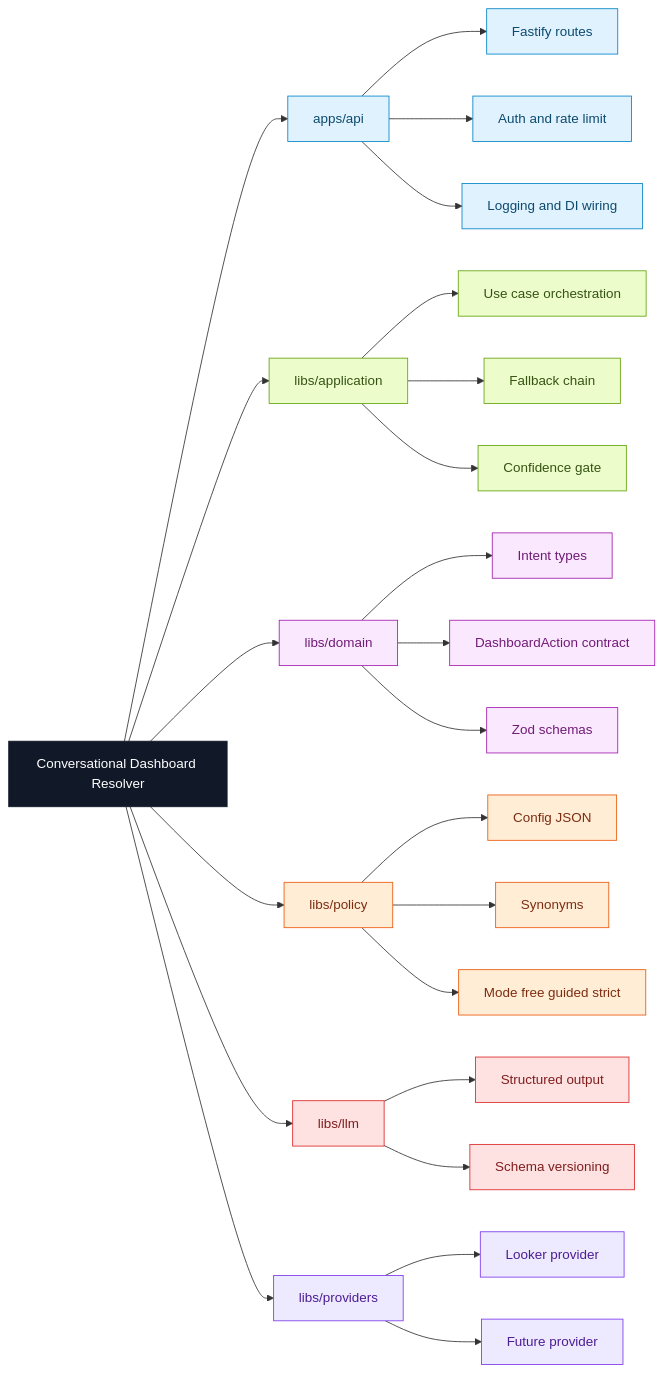
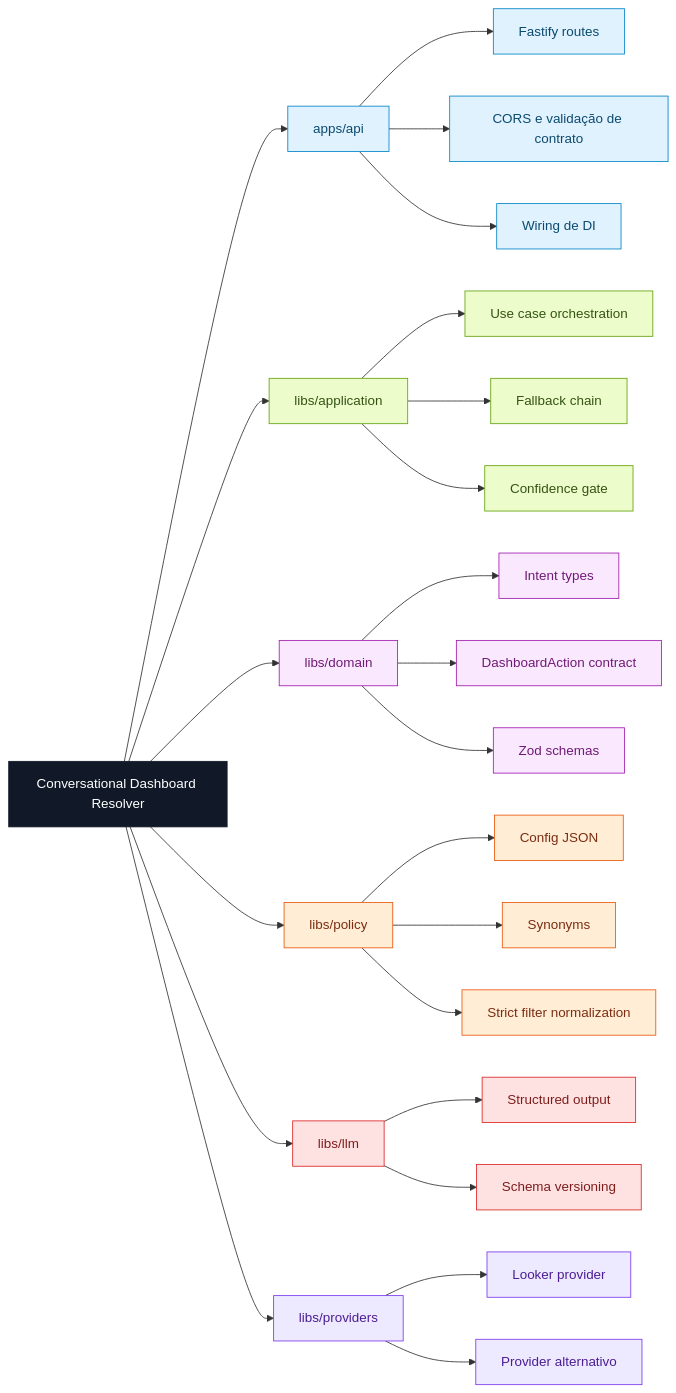
The eighth of 8 diagrams in docs/arquitetura.md (fernandesyuri33/chat-observatorio-turismo), drawn with Mermaid before and after one commit. The commit also changed other lines of this file and 7 other files, not shown here.

````diff
--- a/docs/arquitetura.md
+++ b/docs/arquitetura.md
@@ -175,50 +175,50 @@
 ```mermaid
 flowchart LR
   ROOT[Conversational Dashboard Resolver]
 
   ROOT --> API[apps/api]
   ROOT --> APP[libs/application]
   ROOT --> DOM[libs/domain]
   ROOT --> POL[libs/policy]
   ROOT --> LLM[libs/llm]
   ROOT --> PROV[libs/providers]
 
   API --> API1[Fastify routes]
-  API --> API2[Auth and rate limit]
-  API --> API3[Logging and DI wiring]
+  API --> API2[CORS e validação de contrato]
+  API --> API3[Wiring de DI]
 
   APP --> APP1[Use case orchestration]
   APP --> APP2[Fallback chain]
   APP --> APP3[Confidence gate]
 
   DOM --> DOM1[Intent types]
   DOM --> DOM2[DashboardAction contract]
   DOM --> DOM3[Zod schemas]
 
   POL --> POL1[Config JSON]
   POL --> POL2[Synonyms]
-  POL --> POL3[Mode free guided strict]
+  POL --> POL3[Strict filter normalization]
 
   LLM --> LLM1[Structured output]
   LLM --> LLM2[Schema versioning]
 
   PROV --> PR1[Looker provider]
-  PROV --> PR2[Future provider]
+  PROV --> PR2[Provider alternativo]
 
   classDef root fill:#111827,stroke:#111827,color:#ffffff;
   classDef api fill:#e0f2fe,stroke:#0284c7,color:#0c4a6e;
   classDef app fill:#ecfccb,stroke:#65a30d,color:#365314;
   classDef dom fill:#fae8ff,stroke:#a21caf,color:#701a75;
   classDef pol fill:#ffedd5,stroke:#ea580c,color:#7c2d12;
   classDef llm fill:#fee2e2,stroke:#dc2626,color:#7f1d1d;
   classDef prov fill:#ede9fe,stroke:#7c3aed,color:#4c1d95;
 
   class ROOT root;
   class API,API1,API2,API3 api;
   class APP,APP1,APP2,APP3 app;
   class DOM,DOM1,DOM2,DOM3 dom;
   class POL,POL1,POL2,POL3 pol;
   class LLM,LLM1,LLM2 llm;
   class PROV,PR1,PR2 prov;
 
 ```
````
